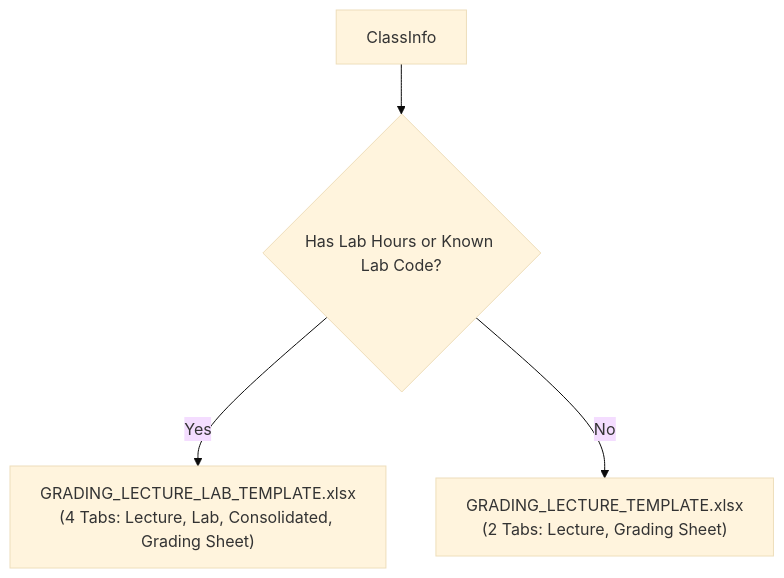
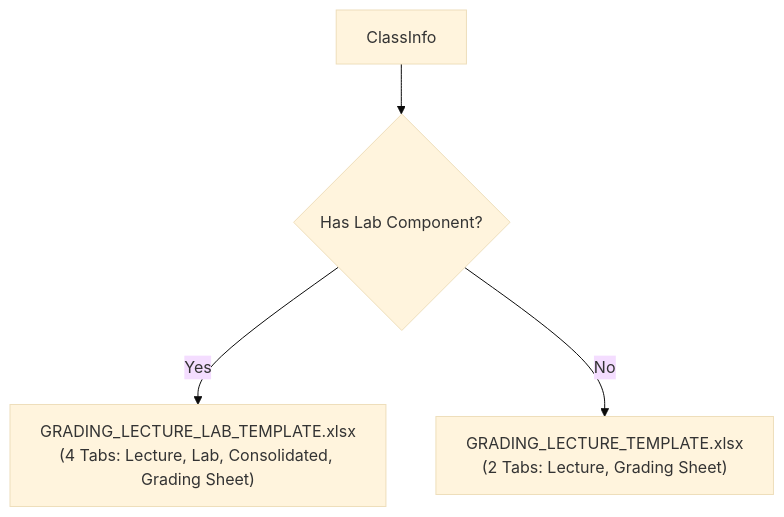
The diagram in 02 - Generators/Grading Generator.md (DrinkBoooz/cvsu-generator_documentation), drawn with Mermaid (base theme) before and after one commit. The commit also changed other lines of this file and 18 other files, not shown here.

Commit message:
3: map current application architecture, generators, templates, user guides, and perform hig audit

````diff
--- a/02 - Generators/Grading Generator.md
+++ b/02 - Generators/Grading Generator.md
@@ -32,6 +32,6 @@
 ```mermaid
 graph TD
-    Class["ClassInfo"] --> LabCheck{"Has Lab Hours or Known Lab Code?"}
+    Class["ClassInfo"] --> LabCheck{"Has Lab Component?"}
     LabCheck -->|Yes| LabTpl["GRADING_LECTURE_LAB_TEMPLATE.xlsx<br>(4 Tabs: Lecture, Lab, Consolidated, Grading Sheet)"]
     LabCheck -->|No| LecTpl["GRADING_LECTURE_TEMPLATE.xlsx<br>(2 Tabs: Lecture, Grading Sheet)"]
 ```
````
